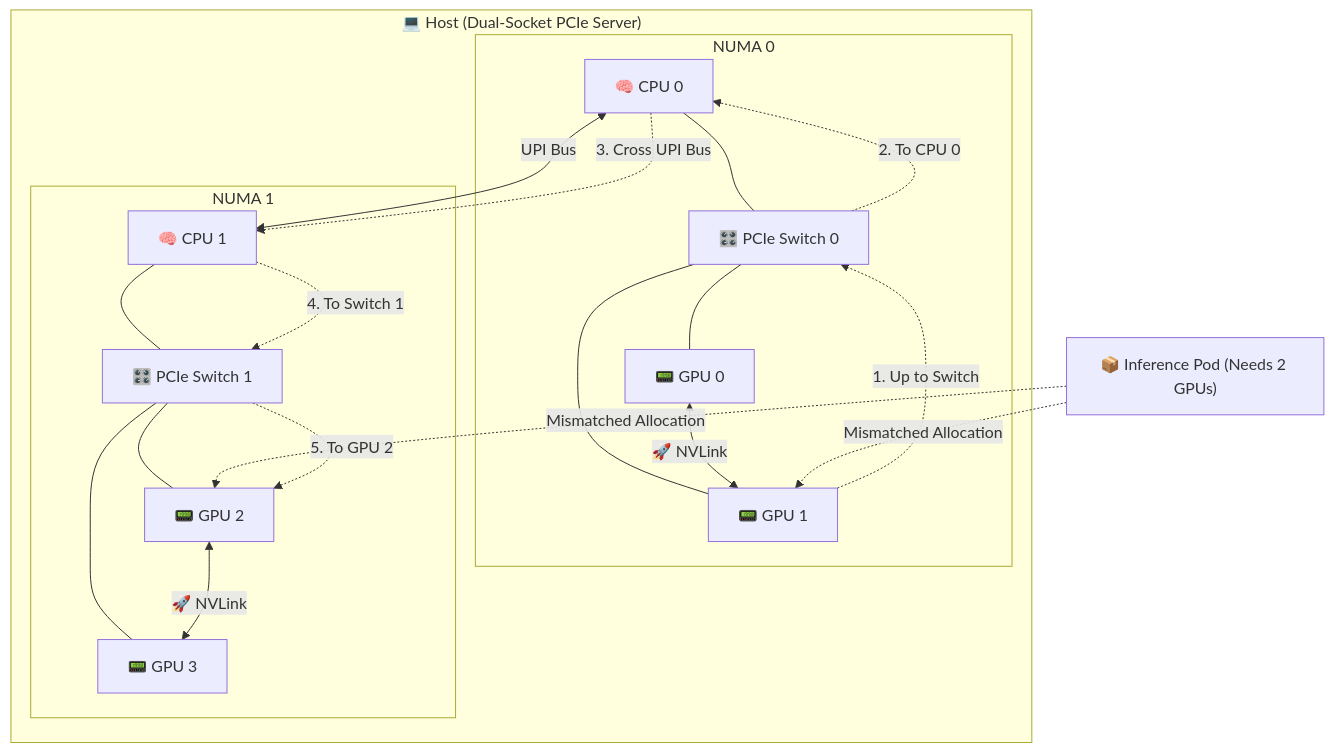
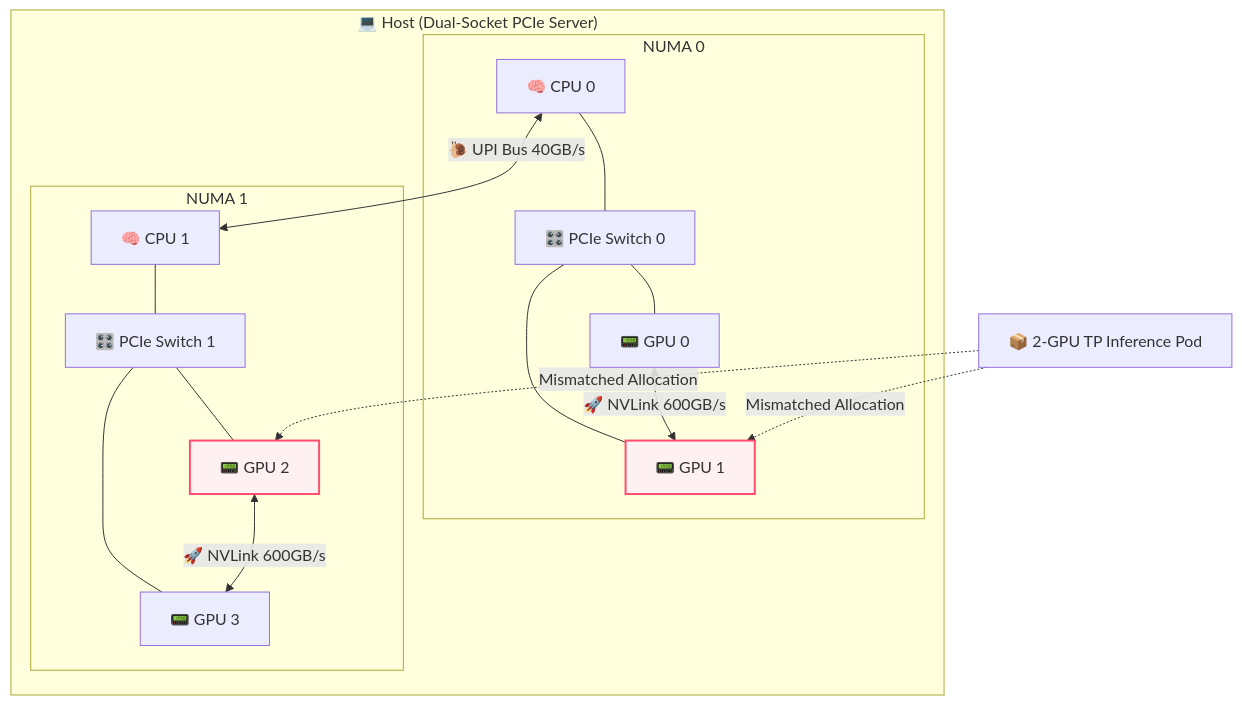
Before and after one commit to Random-Liu/llm-inference-principle-to-production: the second of 6 diagrams in parts/part5_k8s.md, drawn with Mermaid. The commit also changed other lines of this file and 1 other file, not shown here.

First line of the commit message:
Refine GPUDirect RDMA description and diagram

````diff
--- a/parts/part5_k8s.md
+++ b/parts/part5_k8s.md
@@ -250,30 +250,26 @@
 ```mermaid
 graph TD
     subgraph Host ["💻 Host (Dual-Socket PCIe Server)"]
         subgraph NUMA0 ["NUMA 0"]
             CPU0["🧠 CPU 0"] --- Switch0["🎛️ PCIe Switch 0"]
             Switch0 --- GPU0["📟 GPU 0"]
             Switch0 --- GPU1["📟 GPU 1"]
-            GPU0 <-->|🚀 NVLink| GPU1
+            GPU0 <-->|🚀 NVLink 600GB/s| GPU1
         end
         
         subgraph NUMA1 ["NUMA 1"]
             CPU1["🧠 CPU 1"] --- Switch1["🎛️ PCIe Switch 1"]
             Switch1 --- GPU2["📟 GPU 2"]
             Switch1 --- GPU3["📟 GPU 3"]
-            GPU2 <-->|🚀 NVLink| GPU3
+            GPU2 <-->|🚀 NVLink 600GB/s| GPU3
         end
         
-        CPU0 <-->|UPI Bus| CPU1
+        CPU0 <-->|🐌 UPI Bus 40GB/s| CPU1
     end
     
-    Pod["📦 Inference Pod (Needs 2 GPUs)"] -.->|Mismatched Allocation| GPU1
+    Pod["📦 2-GPU TP Inference Pod"] -.->|Mismatched Allocation| GPU1
     Pod -.->|Mismatched Allocation| GPU2
-    
-    %% Highlight slow communication path
-    GPU1 -.->|1. Up to Switch| Switch0
-    Switch0 -.->|2. To CPU 0| CPU0
-    CPU0 -.->|3. Cross UPI Bus| CPU1
-    CPU1 -.->|4. To Switch 1| Switch1
-    Switch1 -.->|5. To GPU 2| GPU2
+
+    style GPU1 fill:#fff0f2,stroke:#ff4d6d,stroke-width:2px
+    style GPU2 fill:#fff0f2,stroke:#ff4d6d,stroke-width:2px
 ```
````
